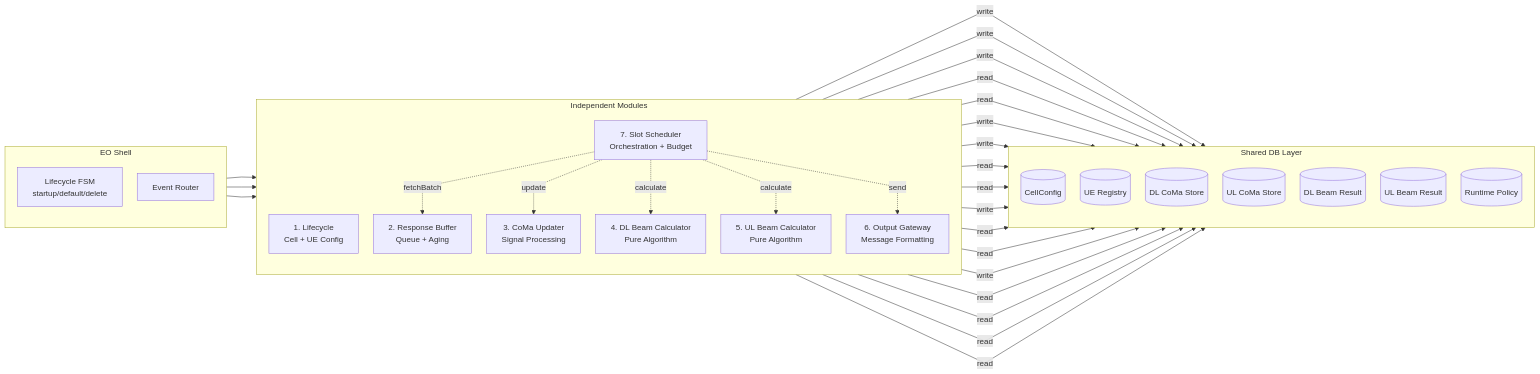
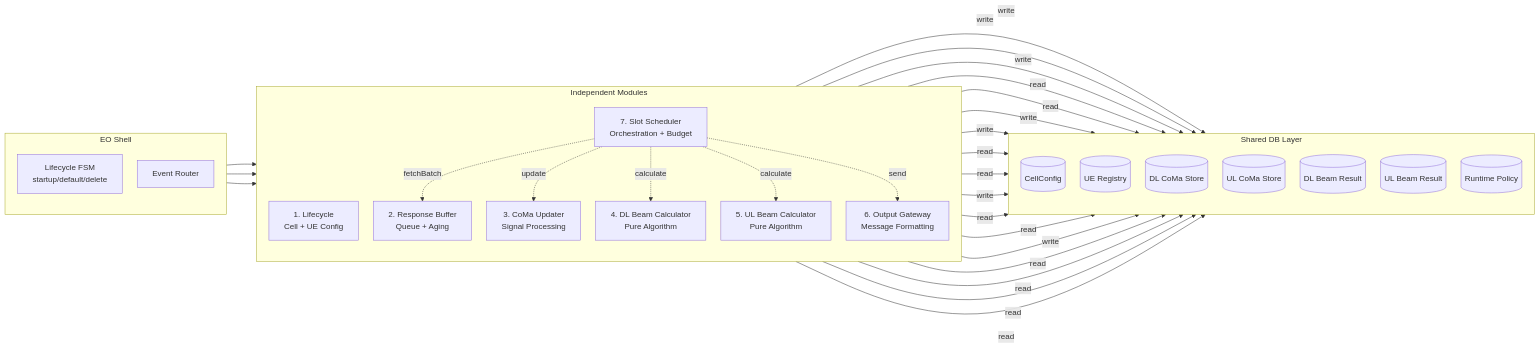
Diagram 13 of 17 in work/nokia/development/code/l2ps/l2ps_srsbm.md (wanghaven/note), drawn with Mermaid before and after one commit. The commit also changed other lines of this file and 8 other files, not shown here.

````diff
--- a/work/nokia/development/code/l2ps/l2ps_srsbm.md
+++ b/work/nokia/development/code/l2ps/l2ps_srsbm.md
@@ -663,59 +675,59 @@
 ```mermaid
-%%{init: {"flowchart": {"curve": "linear", "nodeSpacing": 30, "rankSpacing": 60}}}%%
+%%{init: {"flowchart": {"curve": "basis", "nodeSpacing": 30, "rankSpacing": 60}}}%%
 flowchart LR
     subgraph shell["EO Shell"]
         direction TB
         FSM[Lifecycle FSM<br/>startup/default/delete]
         Router[Event Router]
     end
 
     subgraph modules["Independent Modules"]
         direction TB
         Lifecycle[1. Lifecycle<br/>Cell + UE Config]
         Buffer[2. Response Buffer<br/>Queue + Aging]
         CoMa[3. CoMa Updater<br/>Signal Processing]
         DlCalc[4. DL Beam Calculator<br/>Pure Algorithm]
         UlCalc[5. UL Beam Calculator<br/>Pure Algorithm]
         Output[6. Output Gateway<br/>Message Formatting]
         Sched[7. Slot Scheduler<br/>Orchestration + Budget]
     end
 
     subgraph db["Shared DB Layer"]
         direction TB
         CellCfg[(CellConfig)]
         UeReg[(UE Registry)]
         DlCoMa[(DL CoMa Store)]
         UlCoMa[(UL CoMa Store)]
         DlBeam[(DL Beam Result)]
         UlBeam[(UL Beam Result)]
         Policy[(Runtime Policy)]
     end
 
     Router --> Lifecycle
     Router --> Buffer
     Router --> Sched
 
     Sched -.->|fetchBatch| Buffer
     Sched -.->|update| CoMa
     Sched -.->|calculate| DlCalc
     Sched -.->|calculate| UlCalc
     Sched -.->|send| Output
 
     Lifecycle -->|write| CellCfg
     Lifecycle -->|write| UeReg
     Lifecycle -->|write| Policy
     Buffer -->|read| UeReg
     CoMa -->|read| UeReg
     CoMa -->|write| DlCoMa
     CoMa -->|write| UlCoMa
     DlCalc -->|read| DlCoMa
     DlCalc -->|read| CellCfg
     DlCalc -->|write| DlBeam
     UlCalc -->|read| UlCoMa
     UlCalc -->|read| CellCfg
     UlCalc -->|write| UlBeam
     Output -->|read| DlBeam
     Output -->|read| UlBeam
     Output -->|read| DlCoMa
     Sched -->|read| Policy
 ```
````
